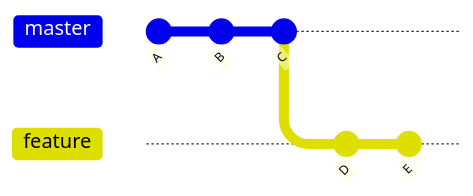
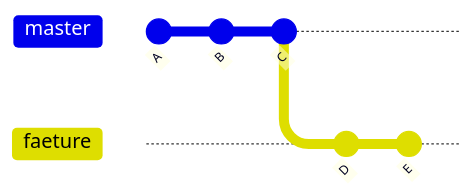
One commit to khzaw/stacked-diffs-presentation changed the first of 15 diagrams in stacked-diffs.org. Above: the diagram before and after it, drawn with Mermaid. The commit also changed other lines of this file and 3 other files, not shown here.

```diff
--- a/stacked-diffs.org
+++ b/stacked-diffs.org
@@ -60,18 +106,18 @@
-#+begin_src mermaid :file img/rebase-feature-branch-from-master.png :exports both
+#+begin_src mermaid :file img/rebase-feature-branch-from-master.png :exports results
 %%{init: {
     'gitGraph': {
         'mainBranchName': 'master'
     },
     'titleTopMargin': 25
 }}%%
 ---
 tilte: Feature branch from master
 ---
 gitGraph
 commit id: "A"
 commit id: "B"
 commit id: "C"
-branch feature
+branch faeture
 commit id: "D"
 commit id: "E"
 #+end_src
```
